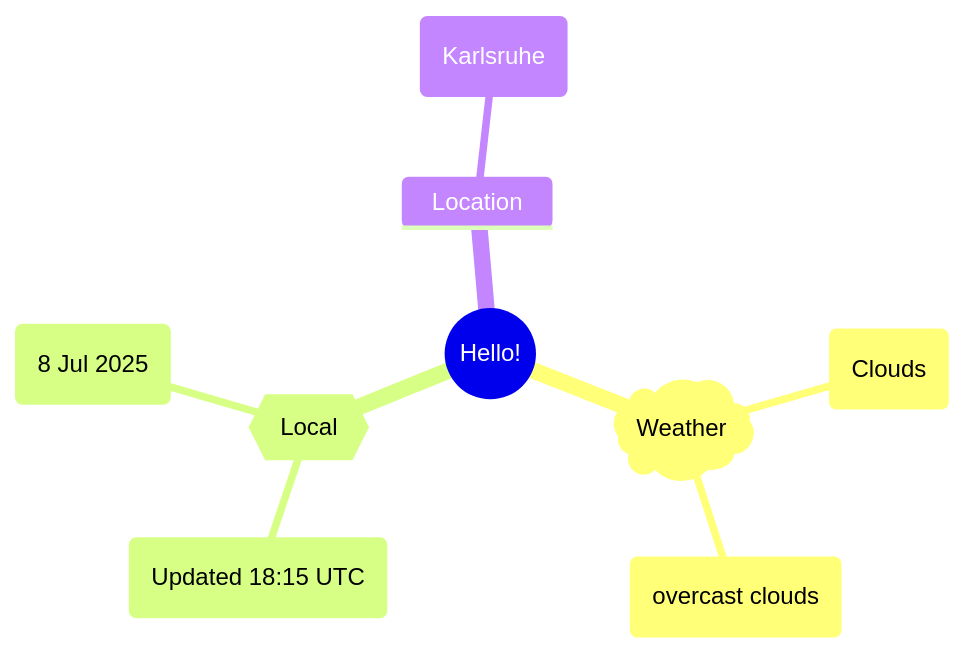
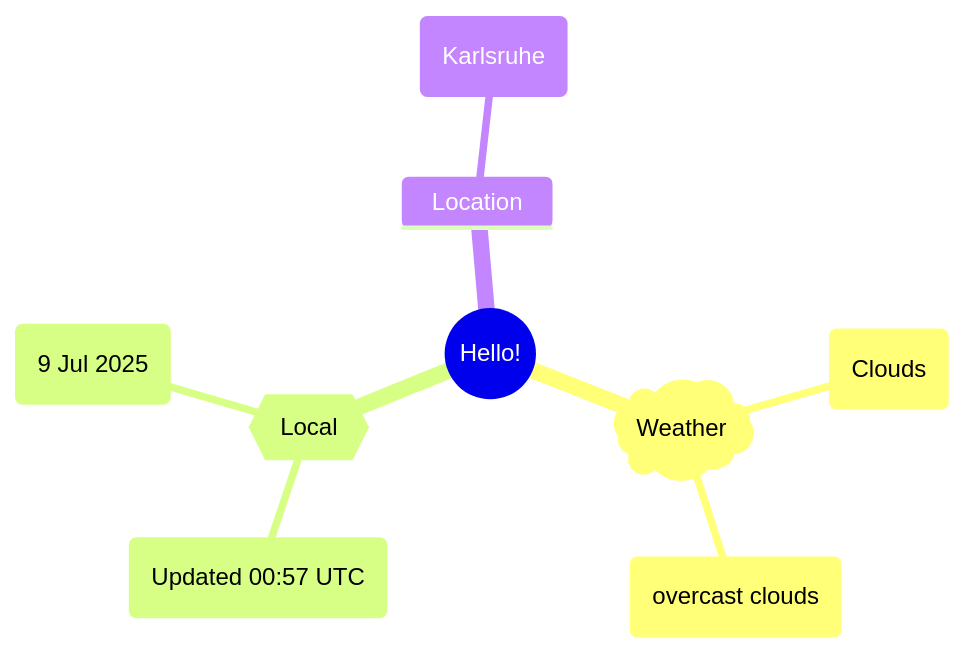
One commit to Xosrov/Xosrov changed the first of 2 diagrams in README.md. Above: the diagram before and after it, drawn with Mermaid.

Commit message:
[bot] updated images

````diff
--- a/README.md
+++ b/README.md
@@ -3,12 +3,12 @@
 ```mermaid
 mindmap
   root((Hello!))
     )Weather(
         (Clouds)
         (overcast clouds)
     {{Local}}
-        (Updated 18:15 UTC)
-        (8 Jul 2025)
+        (Updated 00:57 UTC)
+        (9 Jul 2025)
     Location
         (Karlsruhe)
 ```
````
